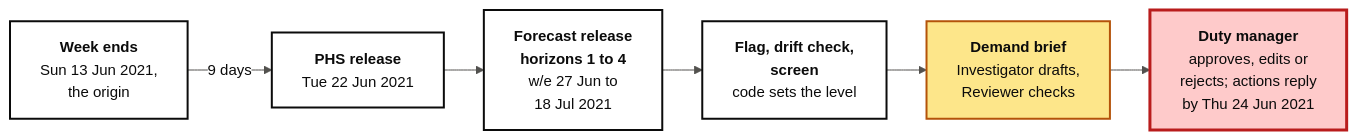
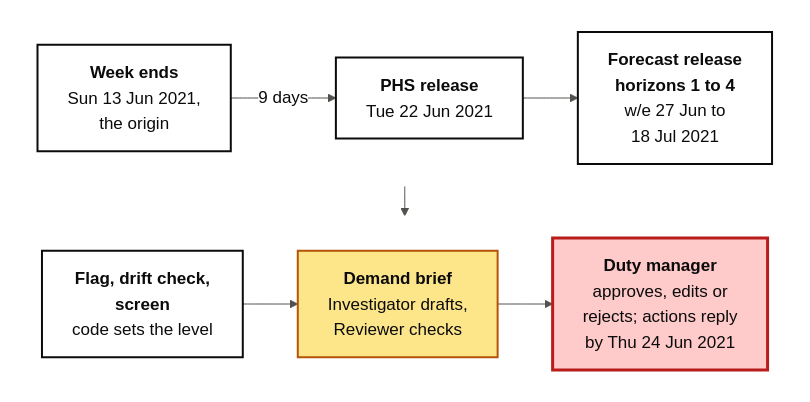
The diagram in diagram/weekly_cycle.mmd (PaddyGilliland1/industry-integrated-ai-system-synthesis-old), drawn with Mermaid before and after one commit. The commit also changed 10 other files, not shown here.

First line of the commit message:
Redraw Figures 1, 2, 3 and 5 so their smallest text prints at 8 pt or more at a 16 cm column

```diff
--- a/diagram/weekly_cycle.mmd
+++ b/diagram/weekly_cycle.mmd
@@ -1,33 +1,46 @@
 ---
 config:
   theme: base
   themeVariables:
-    fontSize: 15px
+    fontSize: 17px
     fontFamily: "DejaVu Sans, Arial, sans-serif"
     primaryTextColor: "#0b0b0b"
     lineColor: "#52514e"
     edgeLabelBackground: "#ffffff"
+    clusterBkg: "#ffffff"
+    clusterBorder: "#ffffff"
   flowchart:
     curve: basis
     htmlLabels: true
-    wrappingWidth: 200
+    wrappingWidth: 240
     nodeSpacing: 24
-    rankSpacing: 40
+    rankSpacing: 30
 ---
-flowchart LR
+flowchart TB
 %% Figure 3: one week, from the week's end to the manager's decision. The dates
 %% are the demand week's, w/e 13 Jun 2021, as the notebook prints them; the
 %% reply deadline is the assumed 48 hours at level 2, from 10:00 on release day.
-  W["<b>Week ends</b><br/>Sun 13 Jun 2021,<br/>the origin"]
-  R["<b>PHS release</b><br/>Tue 22 Jun 2021"]
-  F["<b>Forecast release<br/>horizons 1 to 4</b><br/>w/e 27 Jun to<br/>18 Jul 2021"]
-  L["<b>Flag, drift check,<br/>screen</b><br/>code sets the level"]
-  B["<b>Demand brief</b><br/>Investigator drafts,<br/>Reviewer checks"]
-  A["<b>Duty manager</b><br/>approves, edits or<br/>rejects; actions reply<br/>by Thu 24 Jun 2021"]
-  W -->|"9 days"| R --> F --> L --> B --> A
+%% The steps sit on two rows, so that the smallest text prints at 8 pt or more
+%% at a 16 cm column; each row's frame is drawn white, and the arrow between
+%% the rows carries the forecasts on to the flag.
+  subgraph ROW1[" "]
+    direction LR
+    W["<b>Week ends</b><br/>Sun 13 Jun 2021,<br/>the origin"]
+    R["<b>PHS release</b><br/>Tue 22 Jun 2021"]
+    F["<b>Forecast release<br/>horizons 1 to 4</b><br/>w/e 27 Jun to<br/>18 Jul 2021"]
+    W -->|"9 days"| R --> F
+  end
+  subgraph ROW2[" "]
+    direction LR
+    L["<b>Flag, drift check,<br/>screen</b><br/>code sets the level"]
+    B["<b>Demand brief</b><br/>Investigator drafts,<br/>Reviewer checks"]
+    A["<b>Duty manager</b><br/>approves, edits or<br/>rejects; actions reply<br/>by Thu 24 Jun 2021"]
+    L --> B --> A
+  end
+  ROW1 --> ROW2
   classDef code fill:#ffffff,stroke:#0b0b0b,stroke-width:2px
   classDef agents fill:#fde68a,stroke:#b45309,stroke-width:2px
   classDef person fill:#fecaca,stroke:#b91c1c,stroke-width:3px
   class W,R,F,L code
   class B agents
   class A person
```
